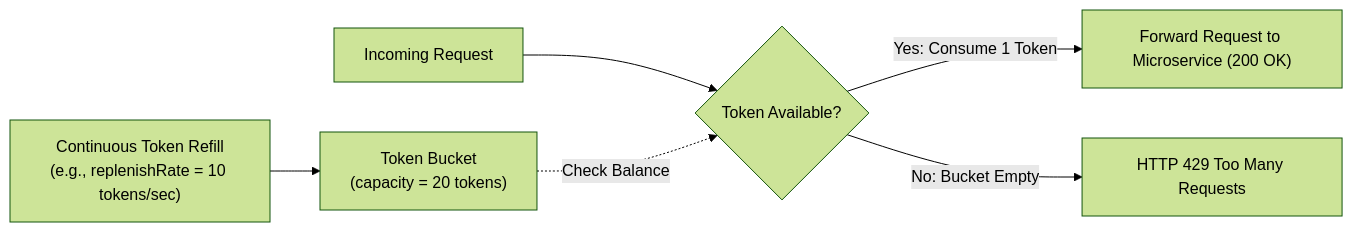
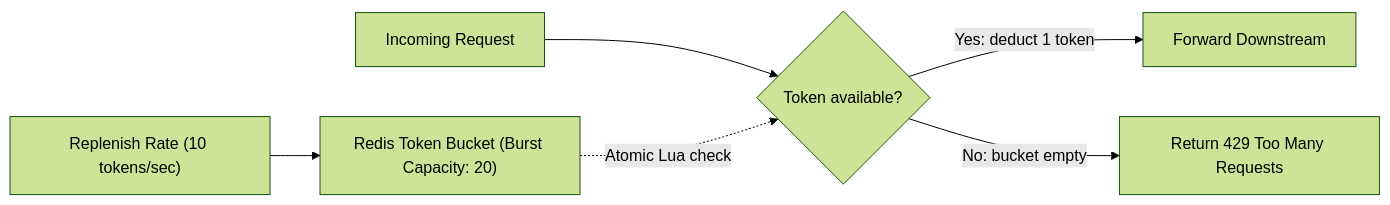
Before and after one commit to ravishankar2463/java_hub: the third of 4 diagrams in content/roadmap/level-11/api-gateways-and-service-discovery.md, drawn with Mermaid (forest theme). The commit also changed other lines of this file and 119 other files, not shown here.

Commit message:
feat: add comprehensive java learning roadmap content across multiple levels

````diff
--- a/content/roadmap/level-11/api-gateways-and-service-discovery.md
+++ b/content/roadmap/level-11/api-gateways-and-service-discovery.md
@@ -138,11 +176,8 @@
 ```mermaid
 flowchart LR
-    Refill["Continuous Token Refill
-(e.g., replenishRate = 10 tokens/sec)"] --> Bucket["Token Bucket
-(capacity = 20 tokens)"]
-
-    Request["Incoming Request"] --> Check{"Token Available?"}
-    Bucket -.->|Check Balance| Check
-    Check -->|Yes: Consume 1 Token| Allow["Forward Request to Microservice (200 OK)"]
-    Check -->|No: Bucket Empty| Deny["HTTP 429 Too Many Requests"]
+    Refill["Replenish Rate (10 tokens/sec)"] --> Bucket["Redis Token Bucket (Burst Capacity: 20)"]
+    Request["Incoming Request"] --> Check{"Token available?"}
+    Bucket -.->|"Atomic Lua check"| Check
+    Check -->|"Yes: deduct 1 token"| Allow["Forward Downstream"]
+    Check -->|"No: bucket empty"| Deny["Return 429 Too Many Requests"]
 ```
````
